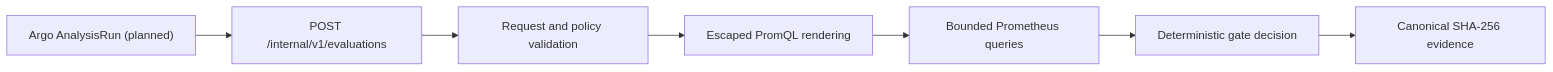
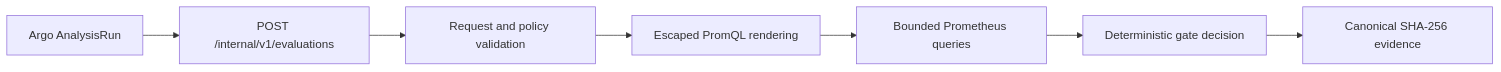
The diagram in docs/METRIC_GATES.md (WeiHanTu/ReleaseGuard), drawn with Mermaid before and after one commit. The commit also changed other lines of this file and 41 other files, not shown here.

Commit message:
Generate authenticated Argo analysis templates

````diff
--- a/docs/METRIC_GATES.md
+++ b/docs/METRIC_GATES.md
@@ -7,9 +7,9 @@
 ```mermaid
 flowchart LR
-    Analysis["Argo AnalysisRun (planned)"] --> API["POST /internal/v1/evaluations"]
+    Analysis["Argo AnalysisRun"] --> API["POST /internal/v1/evaluations"]
     API --> Validate["Request and policy validation"]
     Validate --> Render["Escaped PromQL rendering"]
     Render --> Query["Bounded Prometheus queries"]
     Query --> Decide["Deterministic gate decision"]
     Decide --> Digest["Canonical SHA-256 evidence"]
 ```
````
